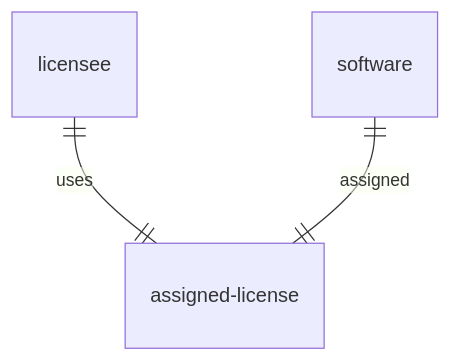
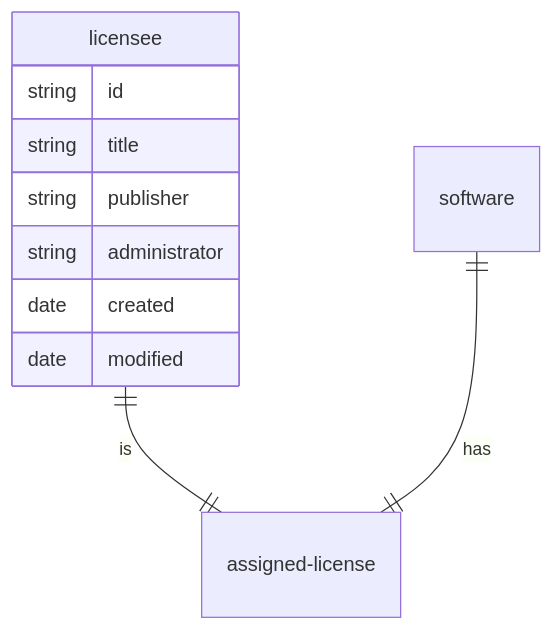
The diagram in technical.md (bcgov/citz-imb-slam-api), drawn with Mermaid before and after one commit.

````diff
--- a/technical.md
+++ b/technical.md
@@ -5,6 +5,14 @@
 ```mermaid
 erDiagram
-    licensee ||--|| assigned-license: uses
-    software ||--|| assigned-license: assigned
+    licensee ||--|| assigned-license: is
+    licensee {
+        string id
+        string title
+        string publisher
+        string administrator
+        date created
+        date modified
+    }
+    software ||--|| assigned-license: has
     
 ```
````
